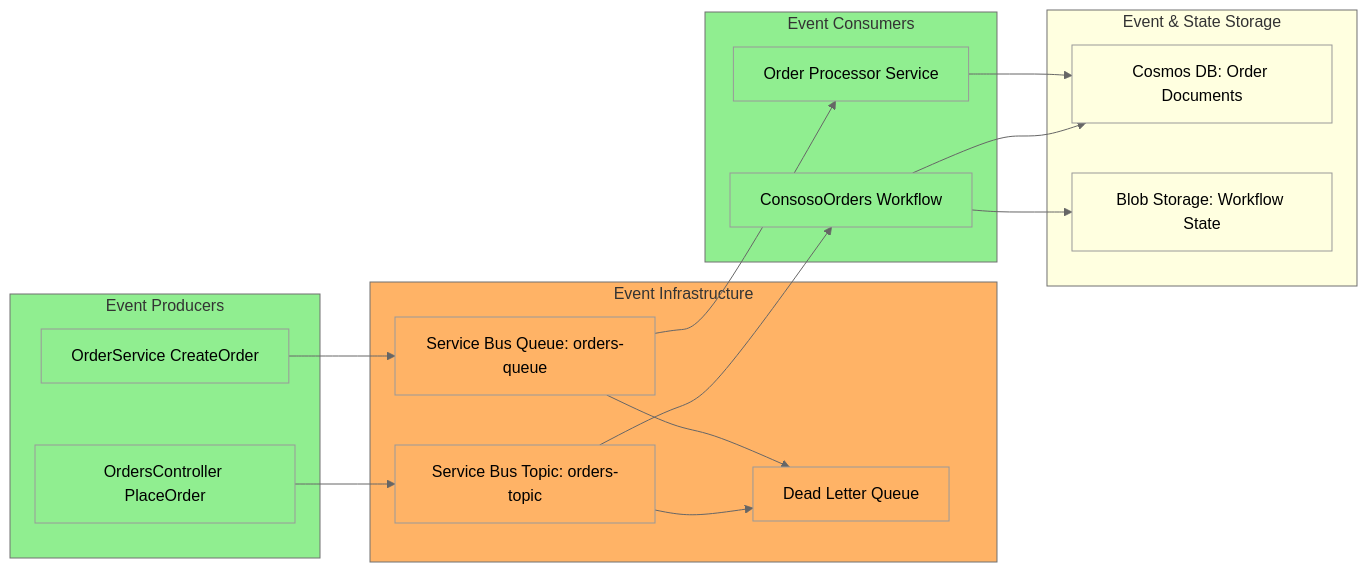
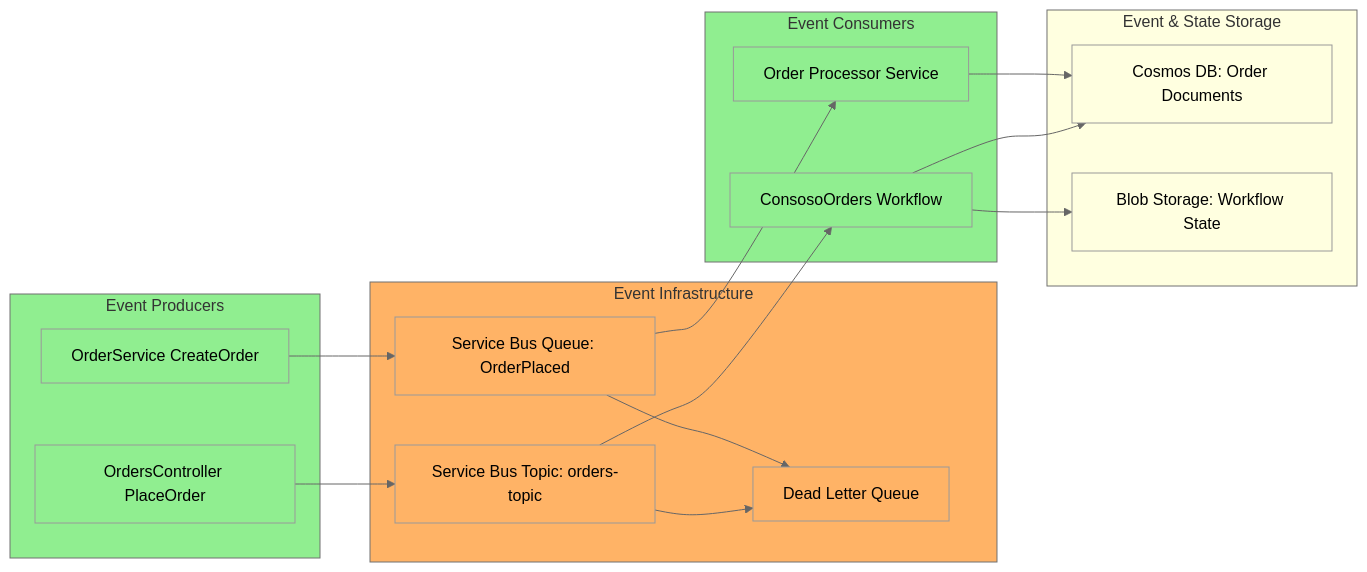
One commit to Evilazaro/Azure-LogicApps-Monitoring changed the fourth of 12 diagrams in README.md. Above: the diagram before and after it, drawn with Mermaid (neutral theme). The commit also changed other lines of this file and 9 other files, not shown here.

Commit message:
Refactor messaging configuration: update queue references from 'orders-queue' to 'OrderPlaced' across multiple files

````diff
--- a/README.md
+++ b/README.md
@@ -287,47 +287,47 @@
 ```mermaid
 flowchart LR
     subgraph Producers[Event Producers]
         style Producers fill:#90EE90
         P1[OrdersController PlaceOrder]
         P2[OrderService CreateOrder]
     end
     
     subgraph EventBus[Event Infrastructure]
         style EventBus fill:#FFB366
         EB1[Service Bus Topic: orders-topic]
-        EB2[Service Bus Queue: orders-queue]
+        EB2[Service Bus Queue: OrderPlaced]
         EB3[Dead Letter Queue]
     end
     
     subgraph Consumers[Event Consumers]
         style Consumers fill:#90EE90
         C1[ConsosoOrders Workflow]
         C2[Order Processor Service]
     end
     
     subgraph Storage[Event & State Storage]
         style Storage fill:#FFFFE0
         S1[Cosmos DB: Order Documents]
         S2[Blob Storage: Workflow State]
     end
     
     P1 --> EB1
     P2 --> EB2
     EB1 --> C1
     EB2 --> C2
     EB1 --> EB3
     EB2 --> EB3
     C1 --> S1
     C2 --> S1
     C1 --> S2
     
     style P1 fill:#90EE90
     style P2 fill:#90EE90
     style EB1 fill:#FFB366
     style EB2 fill:#FFB366
     style EB3 fill:#FFB366
     style C1 fill:#90EE90
     style C2 fill:#90EE90
     style S1 fill:#FFFFE0
     style S2 fill:#FFFFE0
 ```
````
